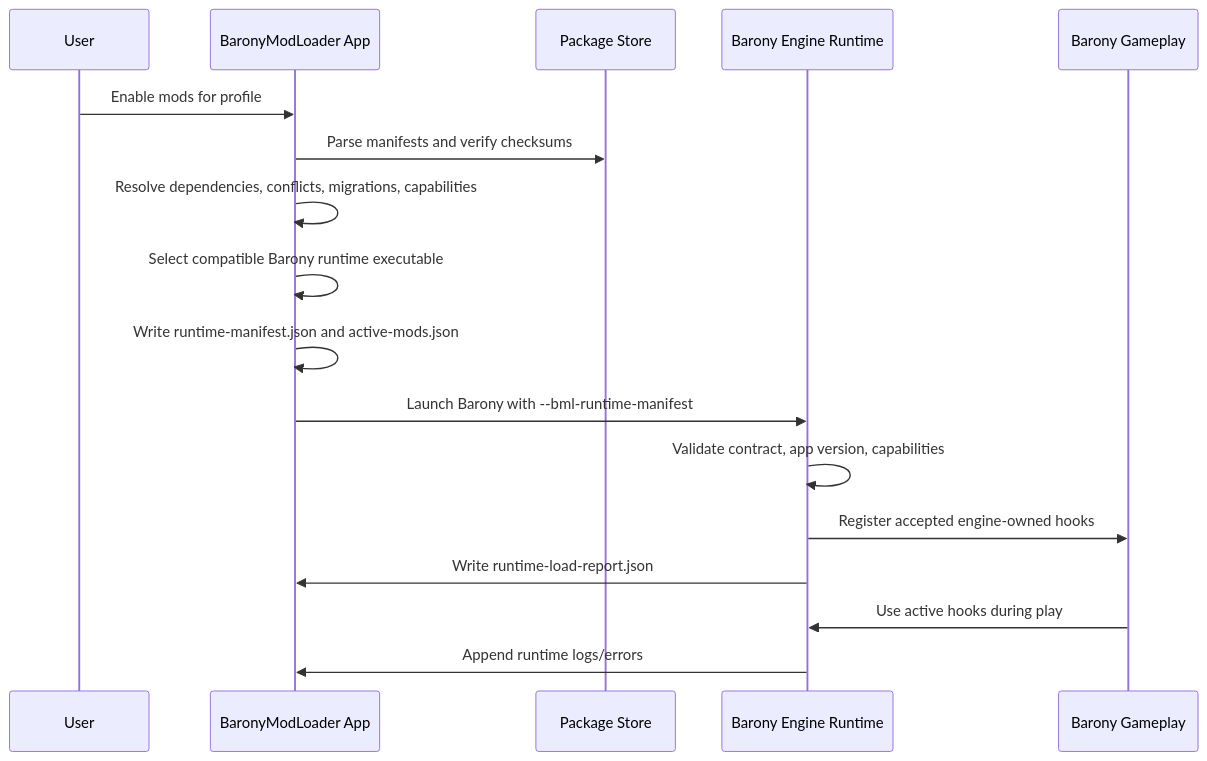
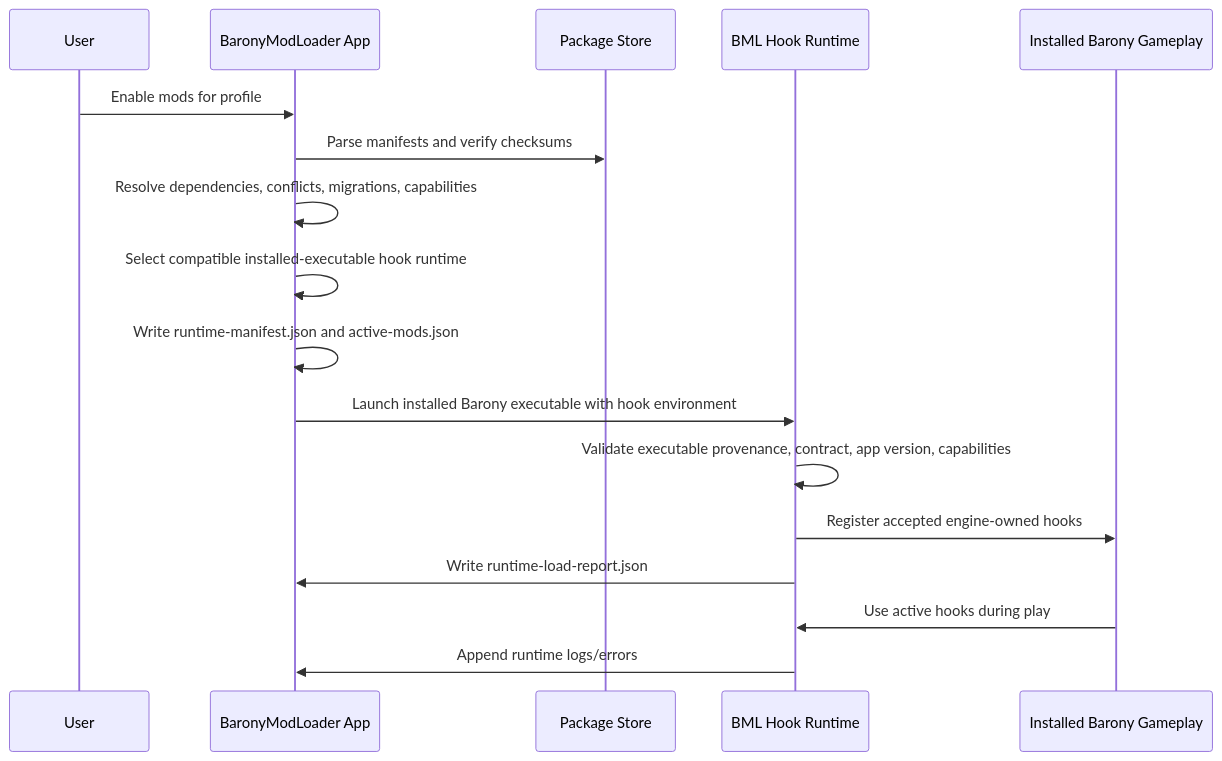
The diagram in framework/BaronyModLoader/loader-runtime-contract.md (JMLegere/barony-mods), drawn with Mermaid before and after one commit. The commit also changed other lines of this file and 11 other files, not shown here.

Commit message:
Rebaseline BML around installed PC hook runtime

````diff
--- a/framework/BaronyModLoader/loader-runtime-contract.md
+++ b/framework/BaronyModLoader/loader-runtime-contract.md
@@ -48,20 +48,20 @@
 ```mermaid
 sequenceDiagram
   participant User
   participant App as BaronyModLoader App
   participant Package as Package Store
-  participant Runtime as Barony Engine Runtime
-  participant Game as Barony Gameplay
+  participant Runtime as BML Hook Runtime
+  participant Game as Installed Barony Gameplay
 
   User->>App: Enable mods for profile
   App->>Package: Parse manifests and verify checksums
   App->>App: Resolve dependencies, conflicts, migrations, capabilities
-  App->>App: Select compatible Barony runtime executable
+  App->>App: Select compatible installed-executable hook runtime
   App->>App: Write runtime-manifest.json and active-mods.json
-  App->>Runtime: Launch Barony with --bml-runtime-manifest
-  Runtime->>Runtime: Validate contract, app version, capabilities
+  App->>Runtime: Launch installed Barony executable with hook environment
+  Runtime->>Runtime: Validate executable provenance, contract, app version, capabilities
   Runtime->>Game: Register accepted engine-owned hooks
   Runtime->>App: Write runtime-load-report.json
   Game->>Runtime: Use active hooks during play
   Runtime->>App: Append runtime logs/errors
 ```
````
